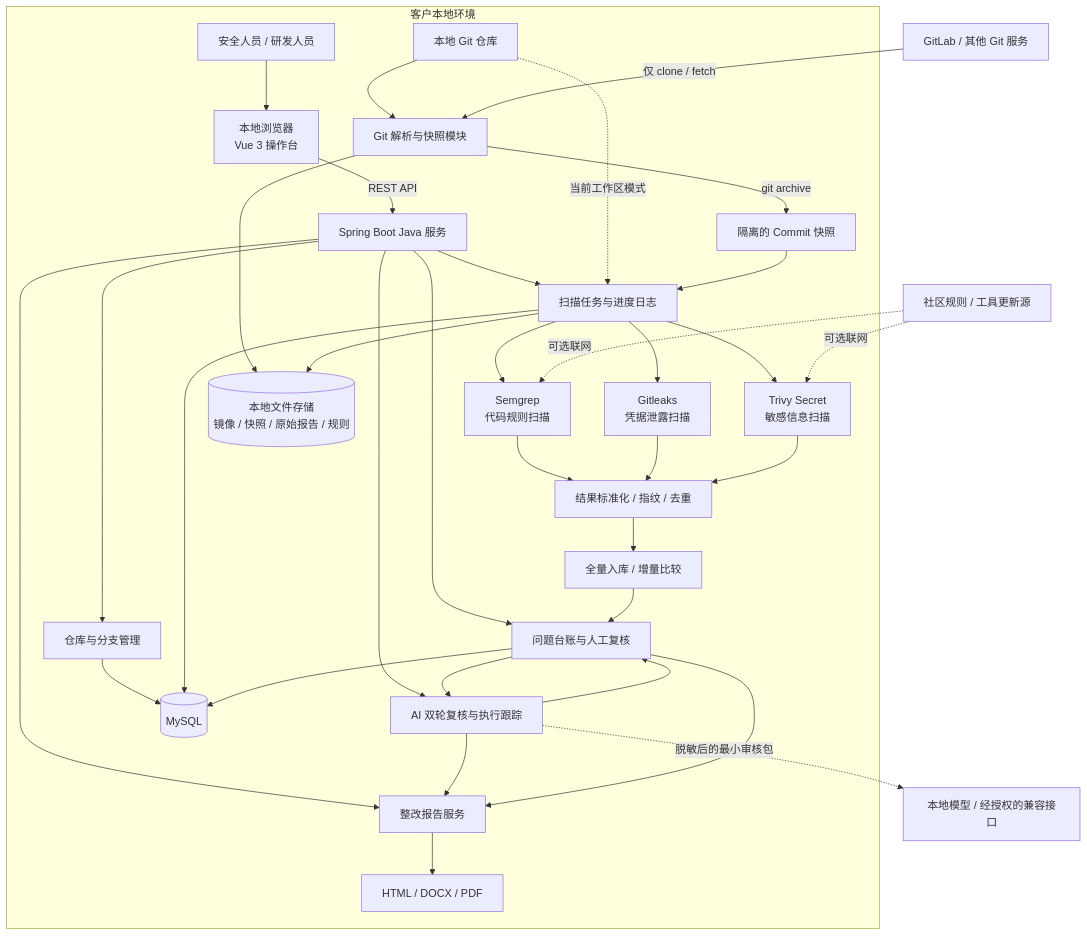
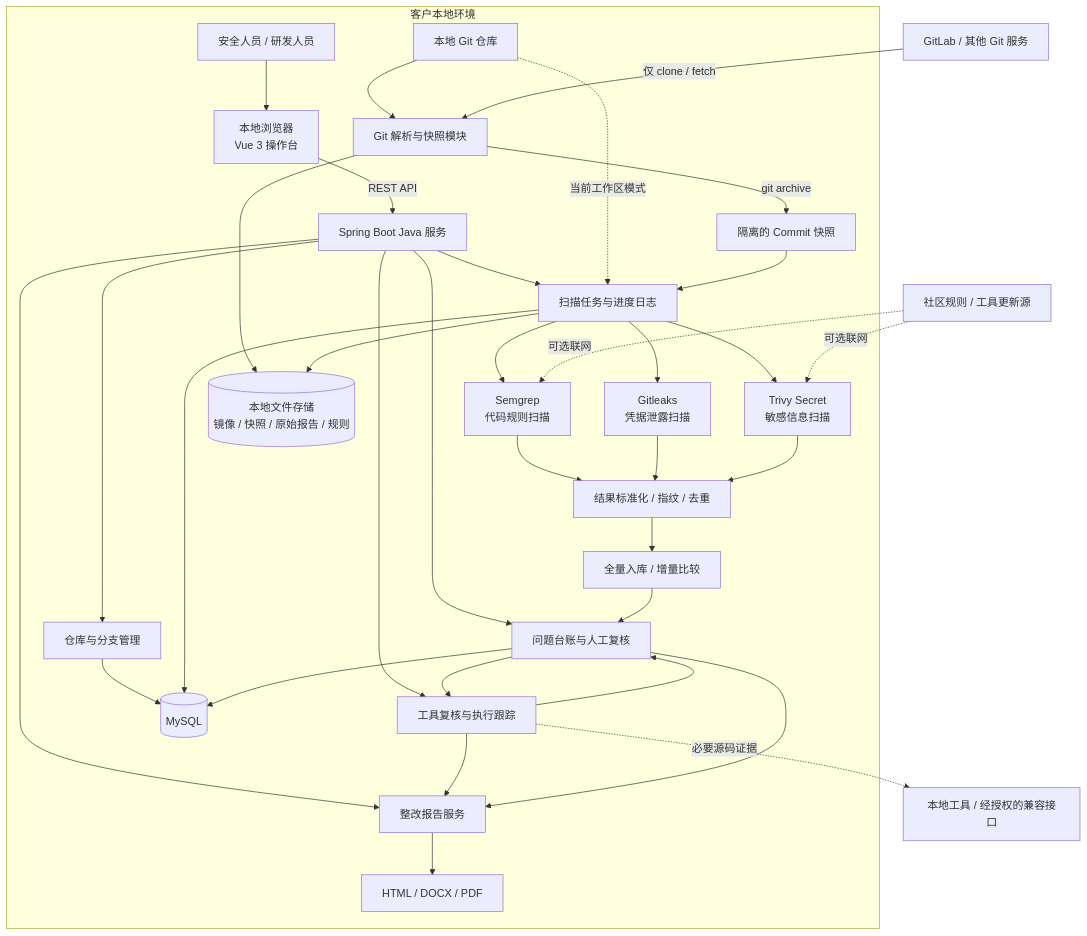
One commit to acloudyh/CodeSentry changed the diagram in docs/CodeSentry-技术调研方案总结.md. Above: the diagram before and after it, drawn with Mermaid. The commit also changed other lines of this file and 64 other files, not shown here.

````diff
--- a/docs/CodeSentry-技术调研方案总结.md
+++ b/docs/CodeSentry-技术调研方案总结.md
@@ -56,44 +56,44 @@
 ```mermaid
 flowchart TB
     subgraph Local[客户本地环境]
         User[安全人员 / 研发人员] --> Web[本地浏览器<br/>Vue 3 操作台]
         Web -->|REST API| Server[Spring Boot Java 服务]
 
         Server --> Project[仓库与分支管理]
         Server --> Scan[扫描任务与进度日志]
         Server --> Finding[问题台账与人工复核]
-        Server --> AI[AI 双轮复核与执行跟踪]
+        Server --> ReviewTool[工具复核与执行跟踪]
         Server --> Report[整改报告服务]
 
         LocalRepo[本地 Git 仓库] --> Git[Git 解析与快照模块]
         Git -->|git archive| Snapshot[隔离的 Commit 快照]
         LocalRepo -. 当前工作区模式 .-> Scan
         Snapshot --> Scan
 
         Scan --> Semgrep[Semgrep<br/>代码规则扫描]
         Scan --> Gitleaks[Gitleaks<br/>凭据泄露扫描]
         Scan --> Trivy[Trivy Secret<br/>敏感信息扫描]
 
         Semgrep --> Normalize[结果标准化 / 指纹 / 去重]
         Gitleaks --> Normalize
         Trivy --> Normalize
         Normalize --> Compare[全量入库 / 增量比较]
         Compare --> Finding
-        Finding --> AI
-        AI --> Finding
-        AI --> Report
+        Finding --> ReviewTool
+        ReviewTool --> Finding
+        ReviewTool --> Report
 
         Project --> DB[(MySQL)]
         Scan --> DB
         Finding --> DB
         Git --> Storage[(本地文件存储<br/>镜像 / 快照 / 原始报告 / 规则)]
         Scan --> Storage
         Finding --> Report
         Report --> Files[HTML / DOCX / PDF]
     end
 
     GitRemote[GitLab / 其他 Git 服务] -->|仅 clone / fetch| Git
-    AI -. 脱敏后的最小审核包 .-> AIModel[本地模型 / 经授权的兼容接口]
+    ReviewTool -. 必要源码证据 .-> ToolService[本地工具 / 经授权的兼容接口]
     Registry[社区规则 / 工具更新源] -. 可选联网 .-> Semgrep
     Registry -. 可选联网 .-> Trivy
 ```
````
